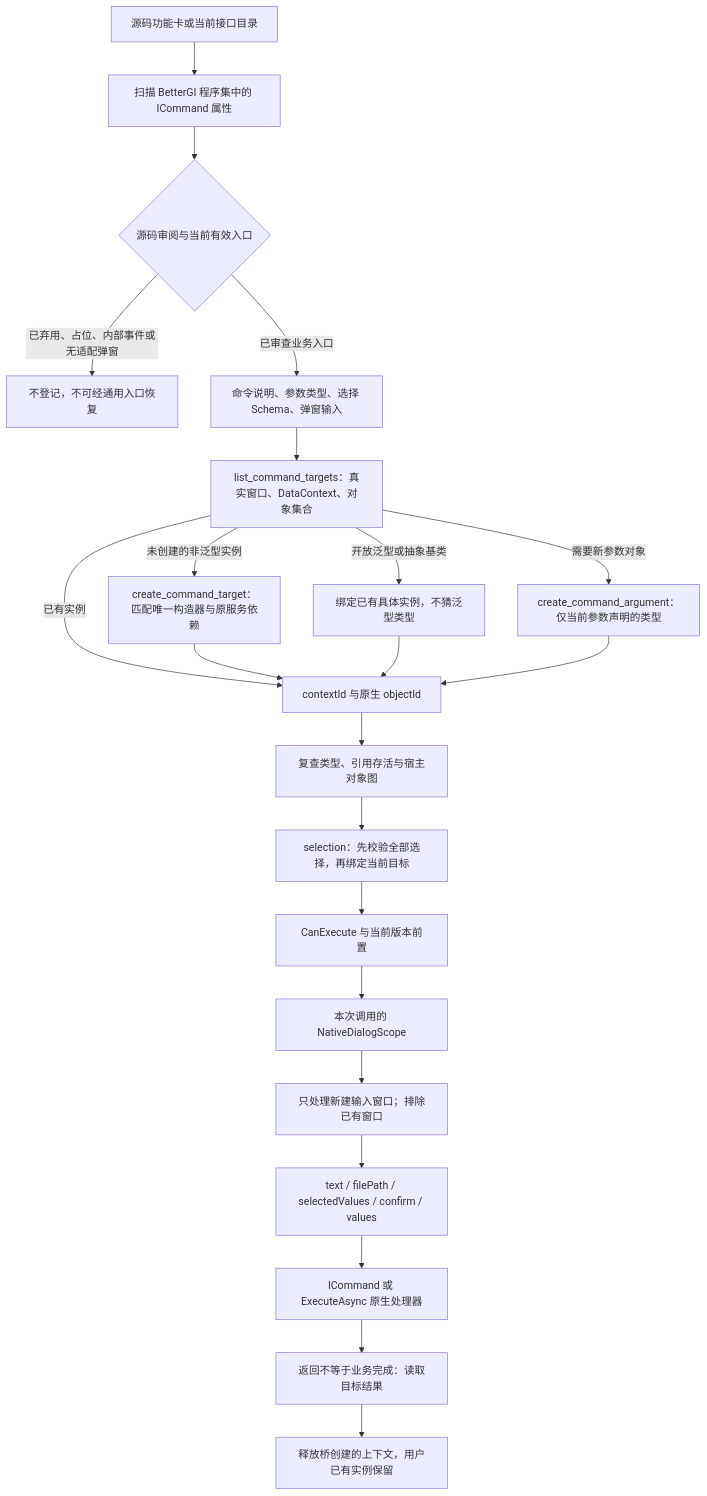
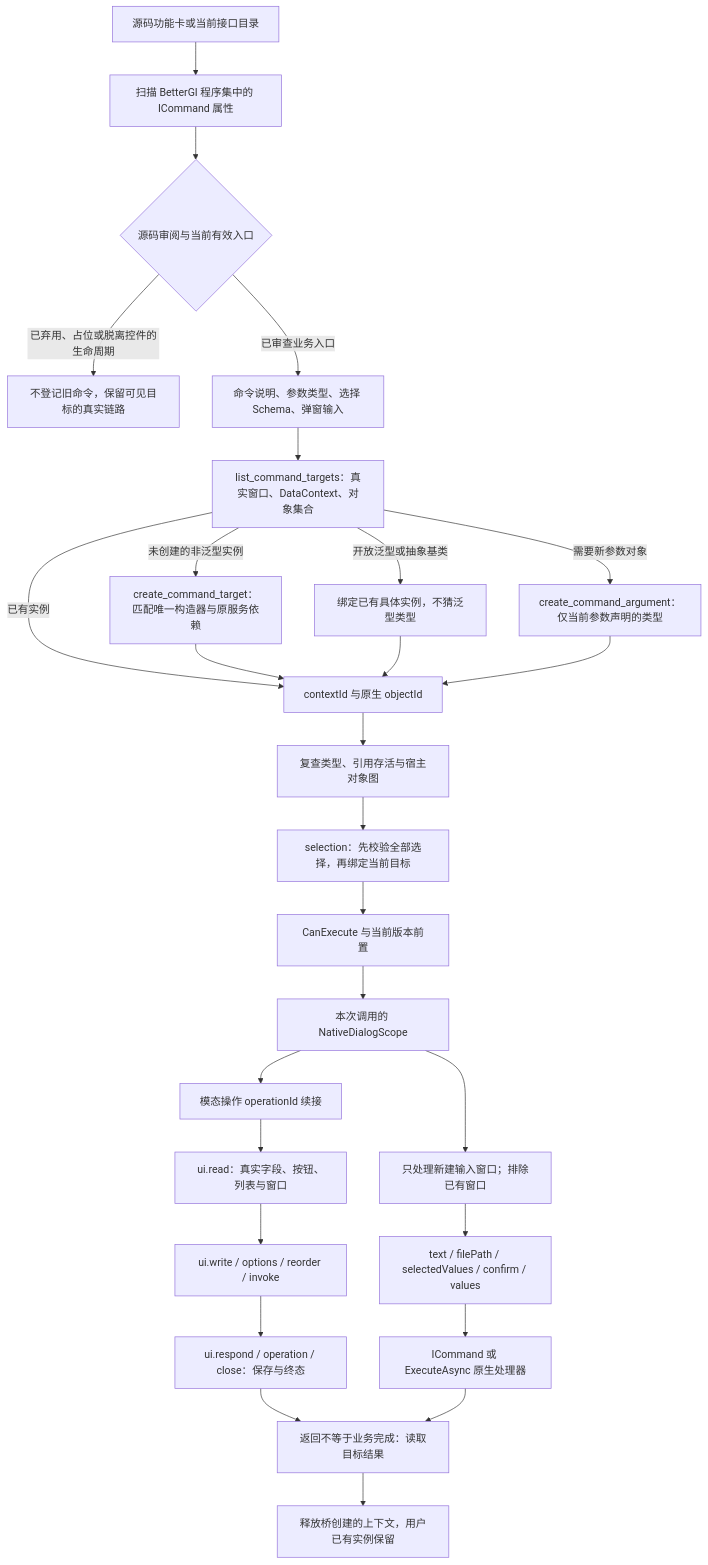
Before and after one commit to A-Little-AnQi/Sleepy-Doll: the third of 5 diagrams in docs/bgi/agent-chain.md, drawn with Mermaid. The commit also changed other lines of this file and 29 other files, not shown here.

````diff
--- a/docs/bgi/agent-chain.md
+++ b/docs/bgi/agent-chain.md
@@ -88,24 +88,29 @@
 ```mermaid
 flowchart TD
   C[源码功能卡或当前接口目录] --> ALL[扫描 BetterGI 程序集中的 ICommand 属性]
   ALL --> FILTER{源码审阅与当前有效入口}
-  FILTER -->|已弃用、占位、内部事件或无适配弹窗| DROP[不登记，不可经通用入口恢复]
+  FILTER -->|已弃用、占位或脱离控件的生命周期| DROP[不登记旧命令，保留可见目标的真实链路]
   FILTER -->|已审查业务入口| CAT[命令说明、参数类型、选择 Schema、弹窗输入]
   CAT --> TARGET[list_command_targets：真实窗口、DataContext、对象集合]
   TARGET -->|已有实例| ID[contextId 与原生 objectId]
   TARGET -->|未创建的非泛型实例| CREATE[create_command_target：匹配唯一构造器与原服务依赖]
   CREATE --> ID
   TARGET -->|开放泛型或抽象基类| GENERIC[绑定已有具体实例，不猜泛型类型]
   GENERIC --> ID
   TARGET -->|需要新参数对象| ARG[create_command_argument：仅当前参数声明的类型]
   ARG --> ID
   ID --> LIVE[复查类型、引用存活与宿主对象图]
   LIVE --> SEL[selection：先校验全部选择，再绑定当前目标]
   SEL --> CAN[CanExecute 与当前版本前置]
   CAN --> SCOPE[本次调用的 NativeDialogScope]
   SCOPE --> DIALOG[只处理新建输入窗口；排除已有窗口]
   DIALOG --> INPUT[text / filePath / selectedValues / confirm / values]
+  SCOPE --> OP[模态操作 operationId 续接]
+  OP --> UIR[ui.read：真实字段、按钮、列表与窗口]
+  UIR --> UIW[ui.write / options / reorder / invoke]
+  UIW --> UIEND[ui.respond / operation / close：保存与终态]
+  UIEND --> EVIDENCE
   INPUT --> CMD[ICommand 或 ExecuteAsync 原生处理器]
   CMD --> EVIDENCE[返回不等于业务完成：读取目标结果]
   EVIDENCE --> RELEASE[释放桥创建的上下文，用户已有实例保留]
 ```
````
